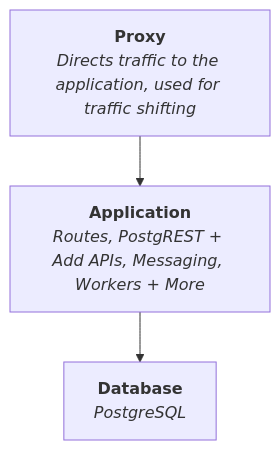
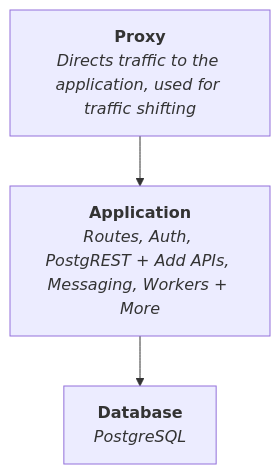
The diagram in README.md (explodinglabs/superstack), drawn with Mermaid before and after one commit.

Commit message:
Adjust readme

````diff
--- a/README.md
+++ b/README.md
@@ -15,6 +15,6 @@
 ```mermaid
 flowchart TD
     Proxy["<b>Proxy</b><br><i>Directs traffic to the application, used for traffic shifting</i>"]
-    Proxy --> App["<b>Application</b><br><i>Routes, PostgREST + Add APIs, Messaging, Workers + More</i>"]
+    Proxy --> App["<b>Application</b><br><i>Routes, Auth, PostgREST + Add APIs, Messaging, Workers + More</i>"]
     App --> Database["<b>Database</b><br><i>PostgreSQL</i>"]
 ```
````
